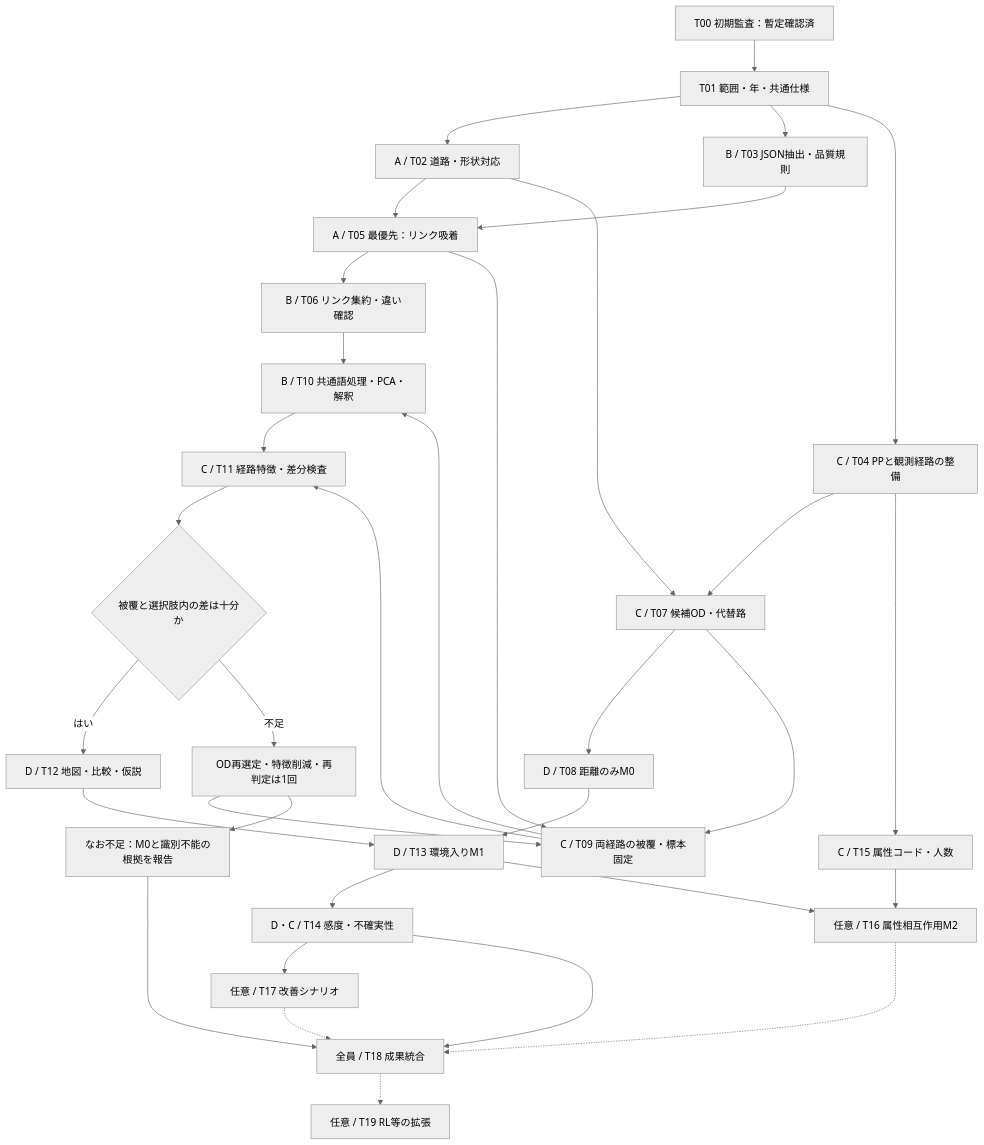
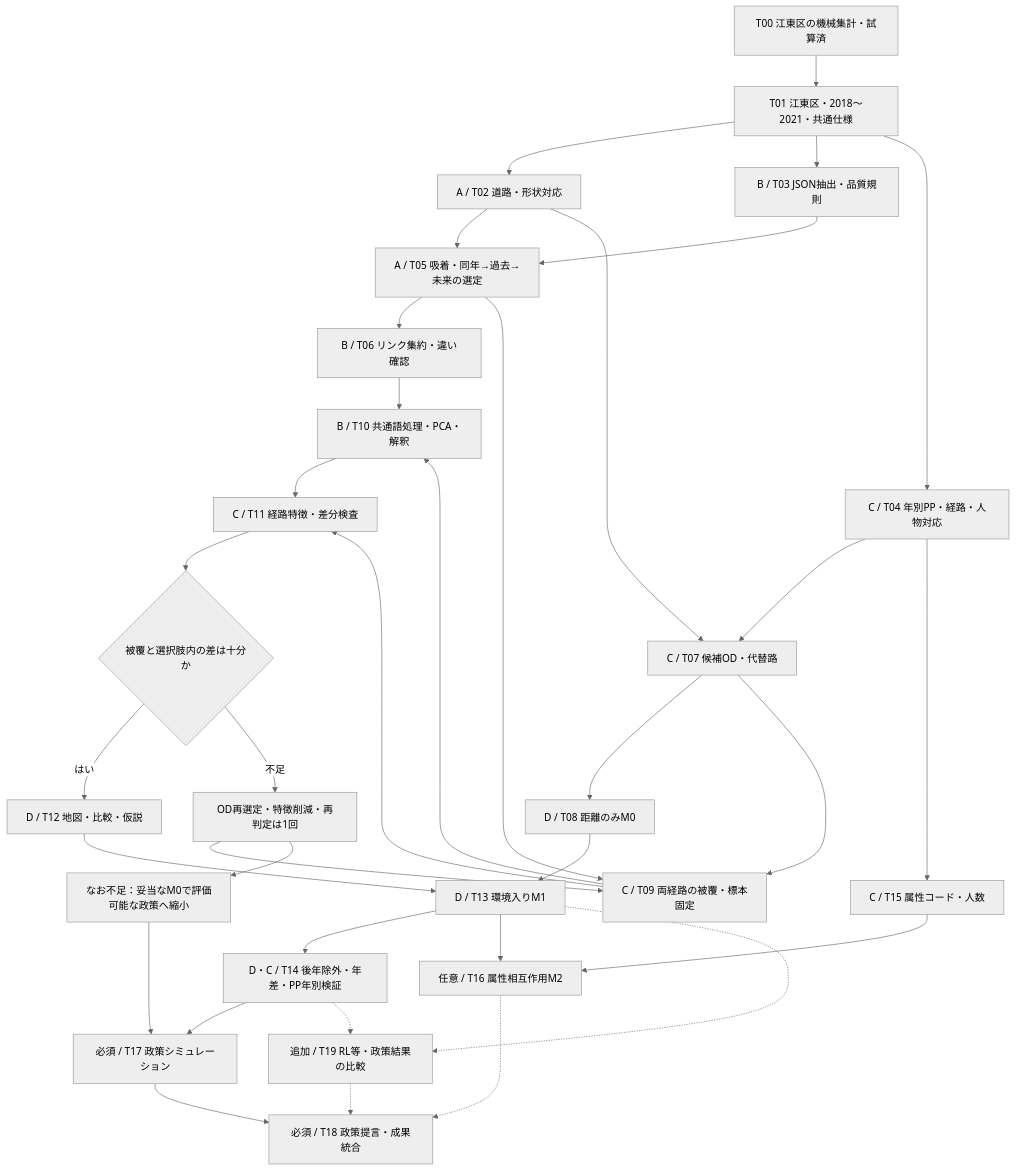
Before and after one commit to reigreen016/summer-school-2026: the diagram in task.md, drawn with Mermaid (neutral theme). The commit also changed other lines of this file, not shown here.

````diff
--- a/task.md
+++ b/task.md
@@ -197,36 +282,37 @@
 ```mermaid
 flowchart TD
-    T00["T00 初期監査：暫定確認済"] --> T01["T01 範囲・年・共通仕様"]
+    T00["T00 江東区の機械集計・試算済"] --> T01["T01 江東区・2018〜2021・共通仕様"]
     T01 --> T02["A / T02 道路・形状対応"]
     T01 --> T03["B / T03 JSON抽出・品質規則"]
-    T01 --> T04["C / T04 PPと観測経路の整備"]
-    T02 --> T05["A / T05 最優先：リンク吸着"]
+    T01 --> T04["C / T04 年別PP・経路・人物対応"]
+    T02 --> T05["A / T05 吸着・同年→過去→未来の選定"]
     T03 --> T05
     T05 --> T06["B / T06 リンク集約・違い確認"]
     T02 --> T07["C / T07 候補OD・代替路"]
     T04 --> T07
     T07 --> T08["D / T08 距離のみM0"]
     T05 --> T09["C / T09 両経路の被覆・標本固定"]
     T07 --> T09
     T06 --> T10["B / T10 共通語処理・PCA・解釈"]
     T09 --> T10
     T09 --> T11["C / T11 経路特徴・差分検査"]
     T10 --> T11
     T11 --> G{"被覆と選択肢内の差は十分か"}
     G -->|はい| T12["D / T12 地図・比較・仮説"]
     G -->|不足| F["OD再選定・特徴削減・再判定は1回"]
     F --> T09
-    F --> STOP["なお不足：M0と識別不能の根拠を報告"]
+    F --> STOP["なお不足：妥当なM0で評価可能な政策へ縮小"]
     T08 --> T13["D / T13 環境入りM1"]
     T12 --> T13
-    T13 --> T14["D・C / T14 感度・不確実性"]
+    T13 --> T14["D・C / T14 後年除外・年差・PP年別検証"]
     T04 --> T15["C / T15 属性コード・人数"]
     T13 --> T16["任意 / T16 属性相互作用M2"]
     T15 --> T16
-    T14 --> T17["任意 / T17 改善シナリオ"]
-    T14 --> T18["全員 / T18 成果統合"]
-    STOP --> T18
+    T14 --> T17["必須 / T17 政策シミュレーション"]
+    T17 --> T18["必須 / T18 政策提言・成果統合"]
+    STOP --> T17
     T16 -.-> T18
-    T17 -.-> T18
-    T18 -.-> T19["任意 / T19 RL等の拡張"]
+    T13 -.-> T19["追加 / T19 RL等・政策結果の比較"]
+    T14 -.-> T19
+    T19 -.-> T18
 ```
````
